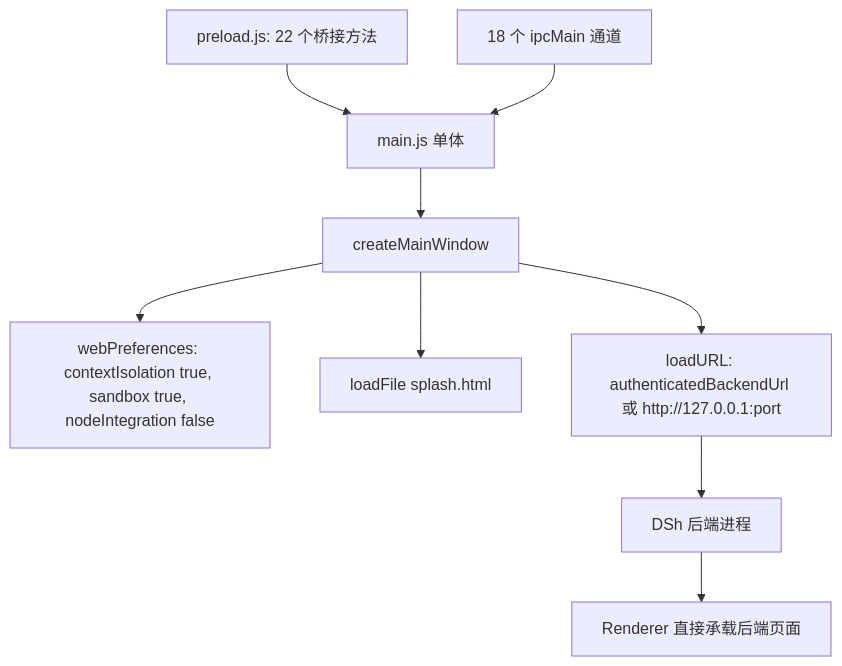
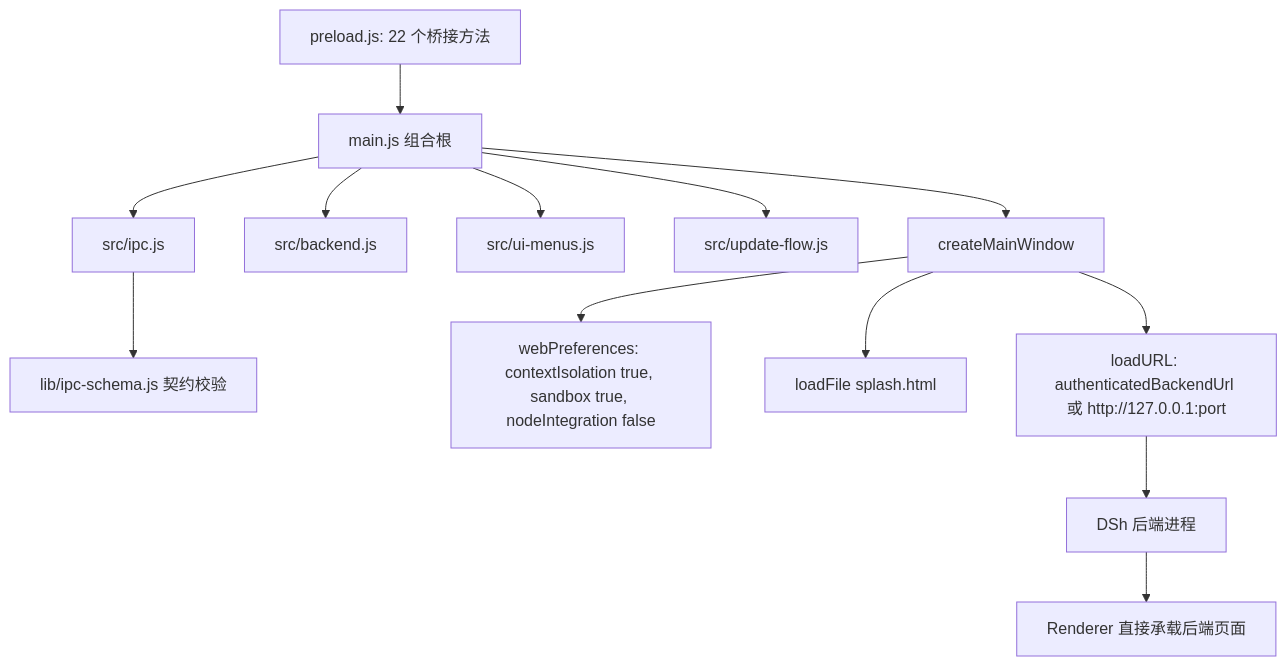
One commit to renquanpake/deepseek-harness-desktop changed the first of 3 diagrams in docs/architecture.md. Above: the diagram before and after it, drawn with Mermaid. The commit also changed other lines of this file, not shown here.

First line of the commit message:
docs(architecture): reflect Wave 2 module split of main.js composition root

````diff
--- a/docs/architecture.md
+++ b/docs/architecture.md
@@ -30,11 +44,15 @@
 ```mermaid
 graph TD
-  MAIN["main.js 单体"] --> WIN["createMainWindow"]
+  MAIN["main.js 组合根"] --> WIN["createMainWindow"]
+  MAIN --> BE["src/backend.js"]
+  MAIN --> UI["src/ui-menus.js"]
+  MAIN --> UP["src/update-flow.js"]
+  MAIN --> IPC["src/ipc.js"]
+  IPC --> SCHEMA["lib/ipc-schema.js 契约校验"]
   WIN --> PREFS["webPreferences: contextIsolation true, sandbox true, nodeIntegration false"]
   WIN --> SPLASH["loadFile splash.html"]
   WIN --> LOAD["loadURL: authenticatedBackendUrl 或 http://127.0.0.1:port"]
   LOAD --> BACKEND["DSh 后端进程"]
   PRELOAD["preload.js: 22 个桥接方法"] --> MAIN
   BACKEND --> RENDER["Renderer 直接承载后端页面"]
-  IPC["18 个 ipcMain 通道"] --> MAIN
 ```
````
